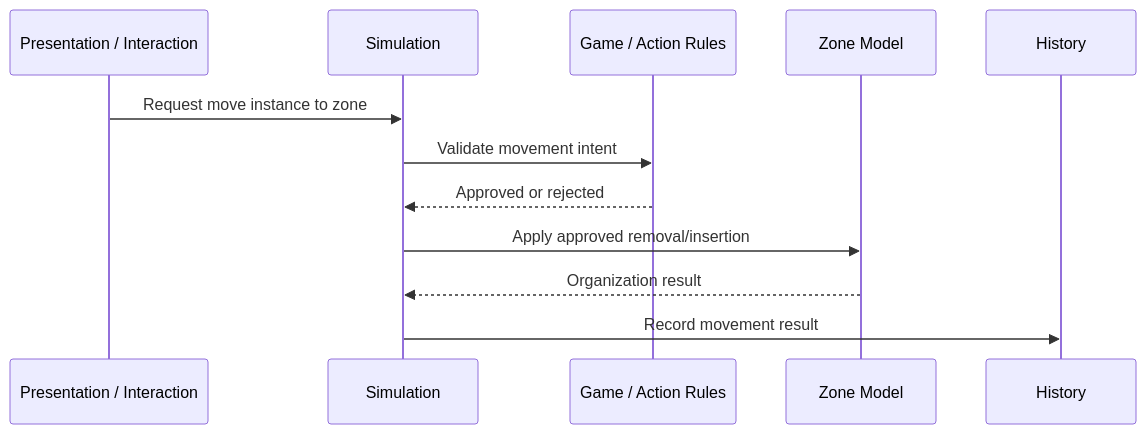
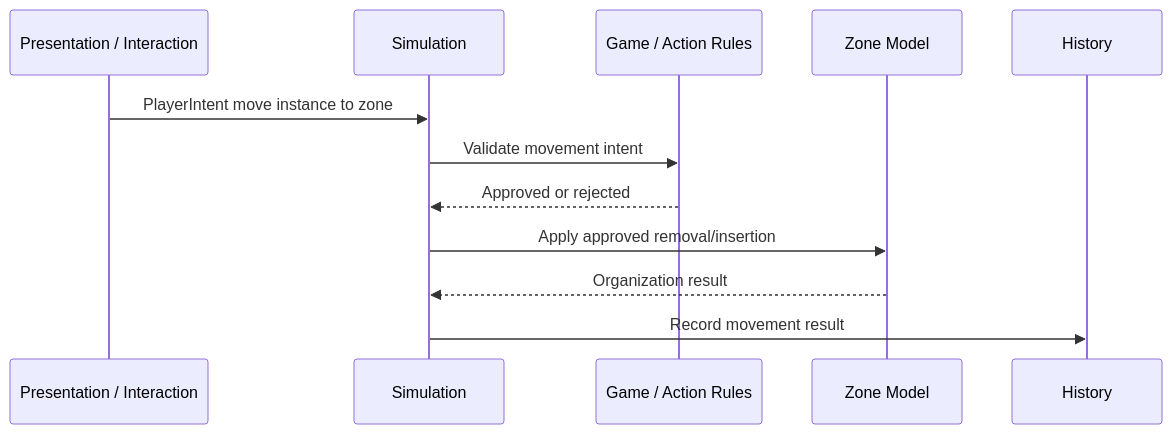
The diagram in RESEARCH/12-zone-model.md (MgCohen/Card-Framework), drawn with Mermaid before and after one commit. The commit also changed 10 other files, not shown here.

````diff
--- a/RESEARCH/12-zone-model.md
+++ b/RESEARCH/12-zone-model.md
@@ -174,15 +174,15 @@
 ```mermaid
 sequenceDiagram
   participant View as Presentation / Interaction
   participant Sim as Simulation
   participant Rules as Game / Action Rules
   participant Zone as Zone Model
   participant Hist as History
 
-  View->>Sim: Request move instance to zone
+  View->>Sim: PlayerIntent move instance to zone
   Sim->>Rules: Validate movement intent
   Rules-->>Sim: Approved or rejected
   Sim->>Zone: Apply approved removal/insertion
   Zone-->>Sim: Organization result
   Sim->>Hist: Record movement result
 ```
````
